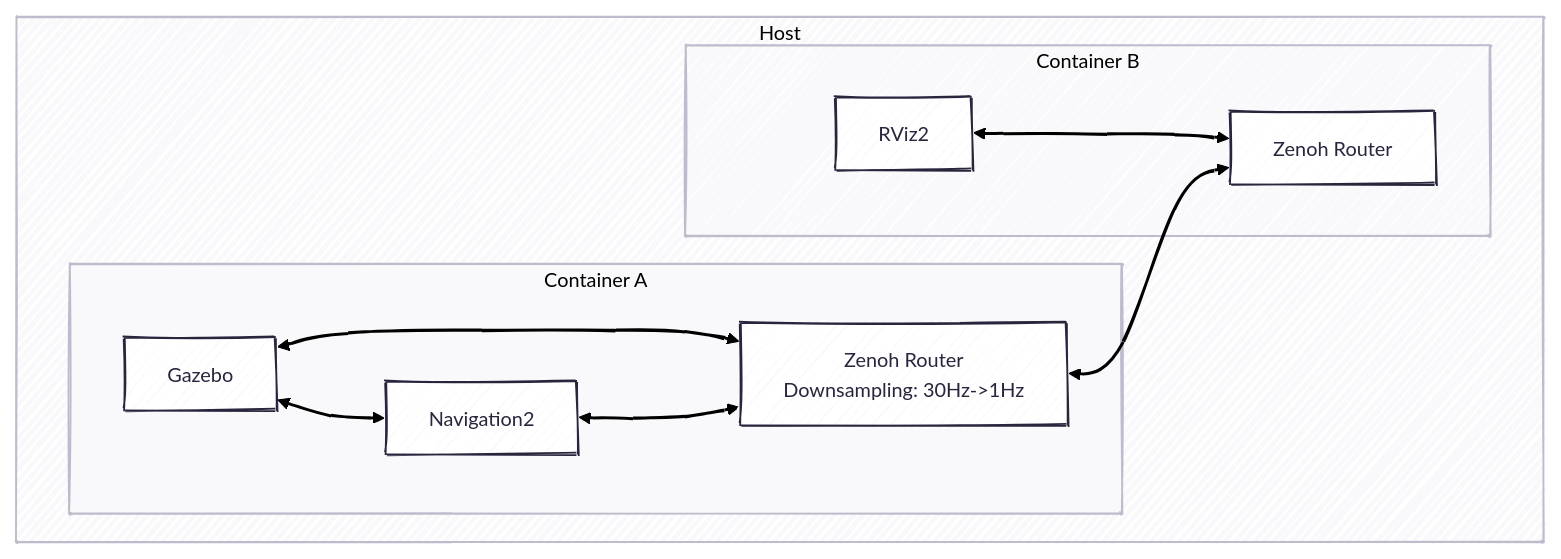
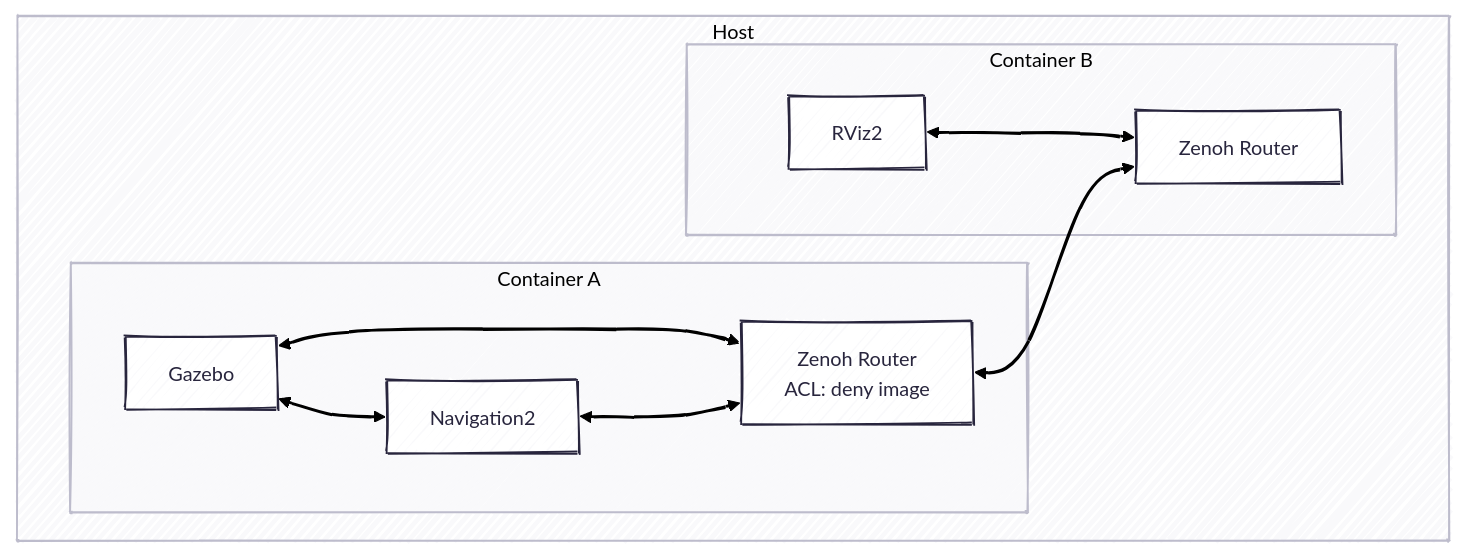
The diagram in exercises/ex-5.md (bresilla/roscon2025_workshop), drawn with Mermaid before and after one commit. The commit also changed other lines of this file and 9 other files, not shown here.

````diff
--- a/exercises/ex-5.md
+++ b/exercises/ex-5.md
@@ -7,20 +7,20 @@
 ```mermaid
 ---
 config:
   theme: redux
   look: handDrawn
   layout: dagre
 ---
 graph TD
 subgraph Host
     subgraph Container A
-        sim1["Gazebo"] <--> zr1["Zenoh Router</br>Downsampling: 30Hz->1Hz"]
+        sim1["Gazebo"] <--> zr1["Zenoh Router</br>ACL: deny image"]
         nav1["Navigation2"] <--> zr1
         sim1 <--> nav1
     end
     subgraph Container B
         rv2["RViz2"] <--> zr2["Zenoh Router"]
     end
     zr1 <--> zr2
 end
 ```
````
